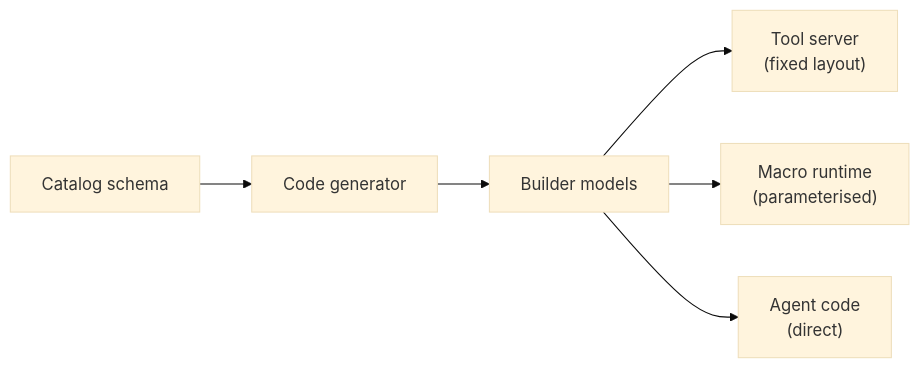
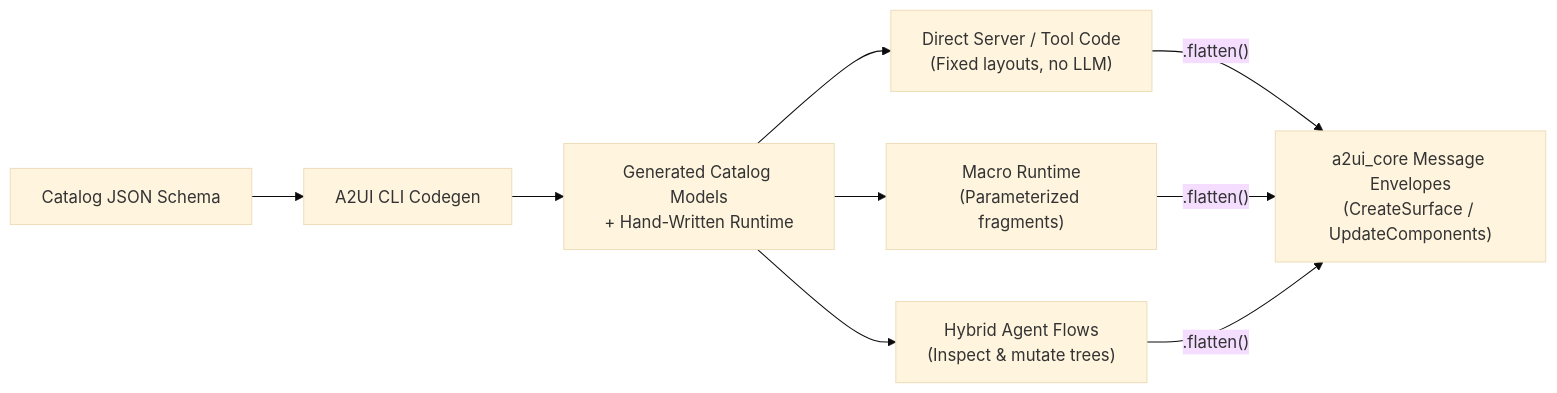
Before and after one commit to a2ui-project/a2ui: the diagram in blueprints/features/typesafe_builder_api.blueprint.md, drawn with Mermaid (base theme). The commit also changed other lines of this file and 1 other file, not shown here.

Commit message:
docs(blueprints): restructure typesafe_builder_api blueprint for cross-language agents and decouple from a2ui_agent module

````diff
--- a/blueprints/features/typesafe_builder_api.blueprint.md
+++ b/blueprints/features/typesafe_builder_api.blueprint.md
@@ -80,8 +33,9 @@
 ```mermaid
 flowchart LR
-    Catalog["Catalog schema"] --> Gen["Code generator"]
-    Gen --> Builder["Builder models"]
-    Builder --> MCP["Tool server<br/>(fixed layout)"]
-    Builder --> Macros["Macro runtime<br/>(parameterised)"]
-    Builder --> Agent["Agent code<br/>(direct)"]
+    Catalog["Catalog JSON Schema"] --> Gen["A2UI CLI Codegen"]
+    Gen --> Models["Generated Catalog Models<br/>+ Hand-Written Runtime"]
+    Models --> Direct["Direct Server / Tool Code<br/>(Fixed layouts, no LLM)"]
+    Models --> Macros["Macro Runtime<br/>(Parameterized fragments)"]
+    Models --> Hybrid["Hybrid Agent Flows<br/>(Inspect & mutate trees)"]
+    Direct & Macros & Hybrid -->|".flatten()"| Envelopes["a2ui_core Message Envelopes<br/>(CreateSurface / UpdateComponents)"]
 ```
````
